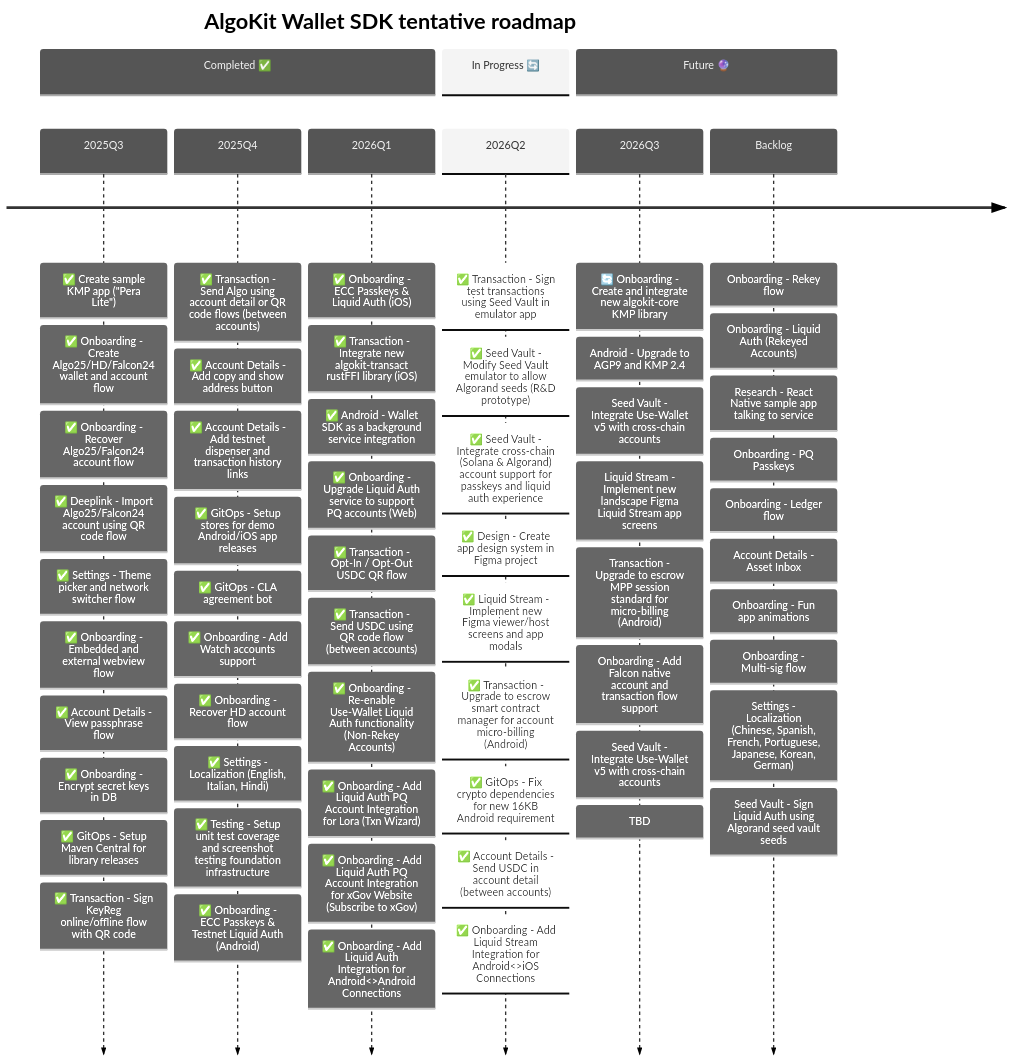
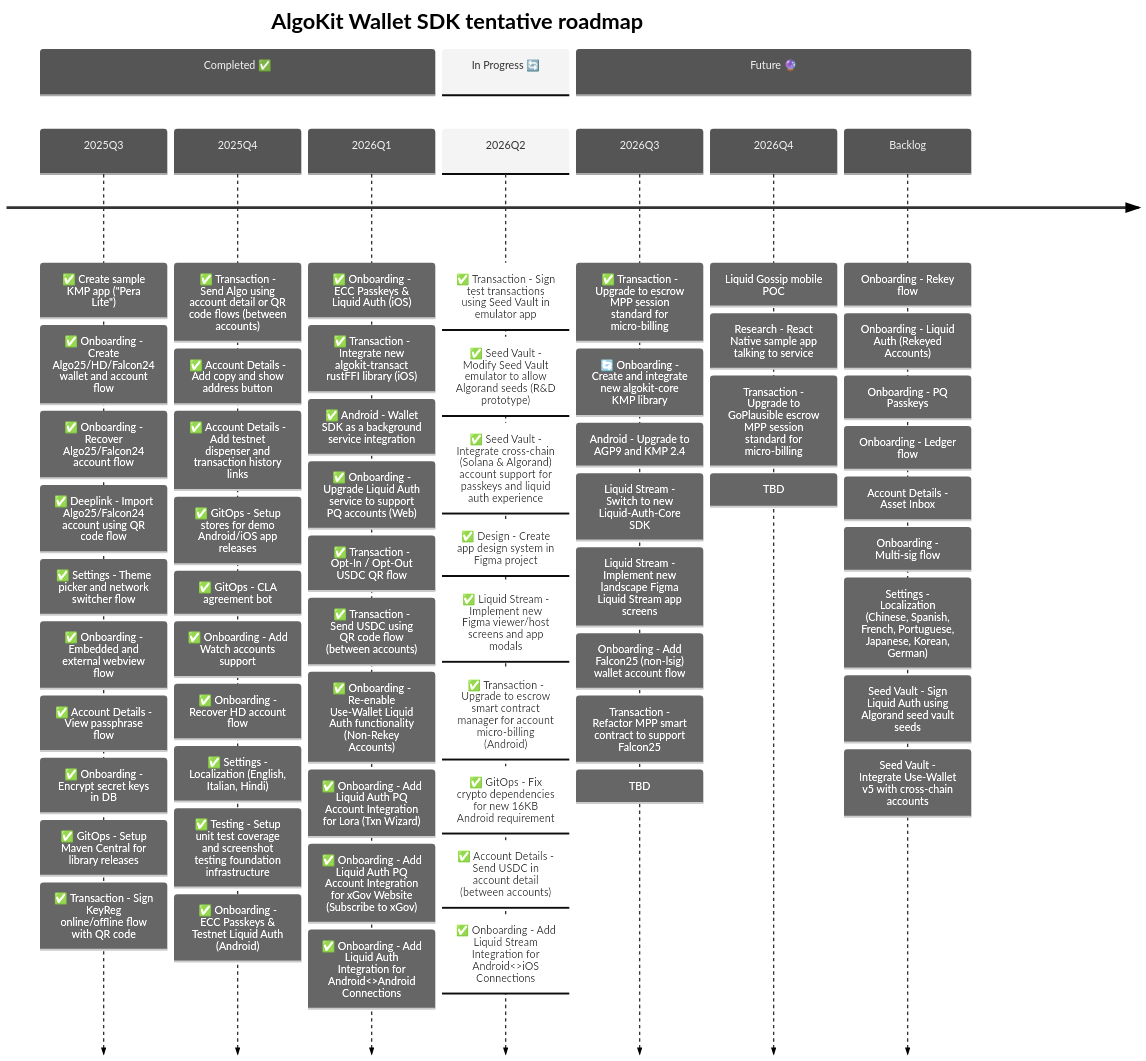
Before and after one commit to michaeltchuangllc/algokit-walletsdk-kmp: the second of 3 diagrams in README.md, drawn with Mermaid.

Commit message:
docs: update roadmap (#327)

````diff
--- a/README.md
+++ b/README.md
@@ -69,74 +69,79 @@
 ```mermaid
 ---
 config:
   theme: 'neutral'
 ---
 timeline
     title AlgoKit Wallet SDK tentative roadmap
 
     section Completed ✅
     2025Q3  : ✅ Create sample KMP app ("Pera Lite")
             : ✅ Onboarding - Create Algo25/HD/Falcon24 wallet and account flow
             : ✅ Onboarding - Recover Algo25/Falcon24 account flow
             : ✅ Deeplink - Import Algo25/Falcon24 account using QR code flow
             : ✅ Settings - Theme picker and network switcher flow
             : ✅ Onboarding - Embedded and external webview flow
             : ✅ Account Details - View passphrase flow
             : ✅ Onboarding - Encrypt secret keys in DB
             : ✅ GitOps - Setup Maven Central for library releases
             : ✅ Transaction - Sign KeyReg online/offline flow with QR code
 
     2025Q4  : ✅ Transaction - Send Algo using account detail or QR code flows (between accounts)
             : ✅ Account Details - Add copy and show address button
             : ✅ Account Details - Add testnet dispenser and transaction history links
             : ✅ GitOps - Setup stores for demo Android/iOS app releases
             : ✅ GitOps - CLA agreement bot
             : ✅ Onboarding - Add Watch accounts support
             : ✅ Onboarding - Recover HD account flow
             : ✅ Settings - Localization (English, Italian, Hindi)
             : ✅ Testing - Setup unit test coverage and screenshot testing foundation infrastructure
             : ✅ Onboarding - ECC Passkeys & Testnet Liquid Auth (Android)
 
     2026Q1  : ✅ Onboarding - ECC Passkeys & Liquid Auth (iOS)
             : ✅ Transaction - Integrate new algokit-transact rustFFI library (iOS)
             : ✅ Android - Wallet SDK as a background service integration
             : ✅ Onboarding - Upgrade Liquid Auth service to support PQ accounts (Web)
             : ✅ Transaction - Opt-In / Opt-Out USDC QR flow
             : ✅ Transaction - Send USDC using QR code flow (between accounts)
             : ✅ Onboarding - Re-enable Use-Wallet Liquid Auth functionality (Non-Rekey Accounts)
             : ✅ Onboarding - Add Liquid Auth PQ Account Integration for Lora (Txn Wizard)
             : ✅ Onboarding - Add Liquid Auth PQ Account Integration for xGov Website (Subscribe to xGov)
             : ✅ Onboarding - Add Liquid Auth Integration for Android<>Android Connections
 
     section In Progress 🔄
     2026Q2  : ✅ Transaction - Sign test transactions using Seed Vault in emulator app
             : ✅ Seed Vault - Modify Seed Vault emulator to allow Algorand seeds (R&D prototype)
             : ✅ Seed Vault - Integrate cross-chain (Solana & Algorand) account support for passkeys and liquid auth experience
             : ✅ Design - Create app design system in Figma project
             : ✅ Liquid Stream - Implement new Figma viewer/host screens and app modals
             : ✅ Transaction - Upgrade to escrow smart contract manager for account micro-billing (Android)
             : ✅ GitOps - Fix crypto dependencies for new 16KB Android requirement
             : ✅ Account Details - Send USDC in account detail (between accounts)
             : ✅ Onboarding - Add Liquid Stream Integration for Android<>iOS Connections
             
     section Future 🔮
-    2026Q3   : 🔄 Onboarding - Create and integrate new algokit-core KMP library
+    2026Q3   : ✅ Transaction - Upgrade to escrow MPP session standard for micro-billing
+             : 🔄 Onboarding - Create and integrate new algokit-core KMP library
              : Android - Upgrade to AGP9 and KMP 2.4
-             : Seed Vault - Integrate Use-Wallet v5 with cross-chain accounts
+             : Liquid Stream - Switch to new Liquid-Auth-Core SDK
              : Liquid Stream - Implement new landscape Figma Liquid Stream app screens
-             : Transaction - Upgrade to escrow MPP session standard for micro-billing (Android)
-             : Onboarding - Add Falcon native account and transaction flow support
-             : Seed Vault - Integrate Use-Wallet v5 with cross-chain accounts
+             : Onboarding - Add Falcon25 (non-lsig) wallet account flow
+             : Transaction - Refactor MPP smart contract to support Falcon25
+             : TBD
+    2026Q4   
+             : Liquid Gossip mobile POC
+             : Research - React Native sample app talking to service
+             : Transaction - Upgrade to GoPlausible escrow MPP session standard for micro-billing
              : TBD
     Backlog
             : Onboarding - Rekey flow
             : Onboarding - Liquid Auth (Rekeyed Accounts)
-            : Research - React Native sample app talking to service
             : Onboarding - PQ Passkeys
             : Onboarding - Ledger flow
             : Account Details - Asset Inbox
-            : Onboarding - Fun app animations
             : Onboarding - Multi-sig flow
             : Settings - Localization (Chinese, Spanish, French, Portuguese, Japanese, Korean, German)
             : Seed Vault - Sign Liquid Auth using Algorand seed vault seeds
+            : Seed Vault - Integrate Use-Wallet v5 with cross-chain accounts
+
 ```
````
